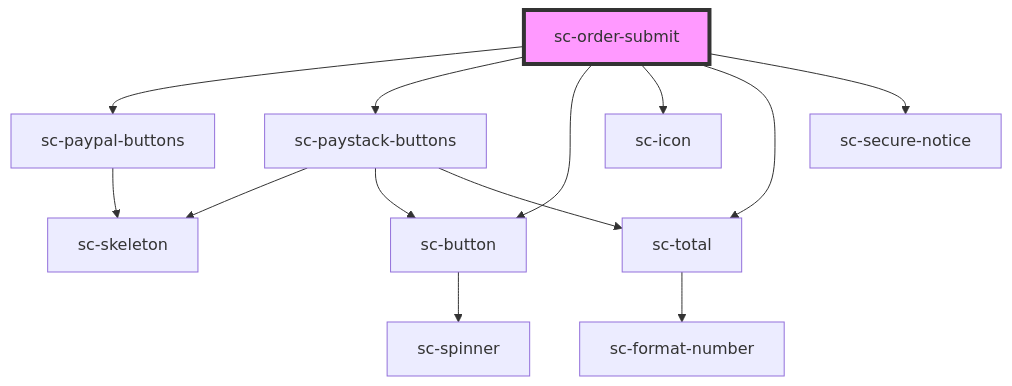
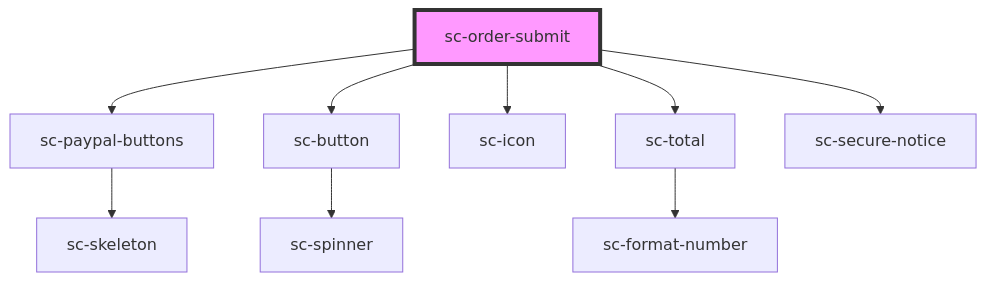
One commit to surecart/surecart-wp-plugin changed the diagram in packages/components/src/components/controllers/checkout-form/order-submit/readme.md. Above: the diagram before and after it, drawn with Mermaid. The commit also changed other lines of this file and 12 other files, not shown here.

````diff
--- a/packages/components/src/components/controllers/checkout-form/order-submit/readme.md
+++ b/packages/components/src/components/controllers/checkout-form/order-submit/readme.md
@@ -41,16 +40,12 @@
 ```mermaid
 graph TD;
   sc-order-submit --> sc-paypal-buttons
-  sc-order-submit --> sc-paystack-buttons
   sc-order-submit --> sc-button
   sc-order-submit --> sc-icon
   sc-order-submit --> sc-total
   sc-order-submit --> sc-secure-notice
   sc-paypal-buttons --> sc-skeleton
-  sc-paystack-buttons --> sc-skeleton
-  sc-paystack-buttons --> sc-button
-  sc-paystack-buttons --> sc-total
   sc-button --> sc-spinner
   sc-total --> sc-format-number
   style sc-order-submit fill:#f9f,stroke:#333,stroke-width:4px
 ```
````
